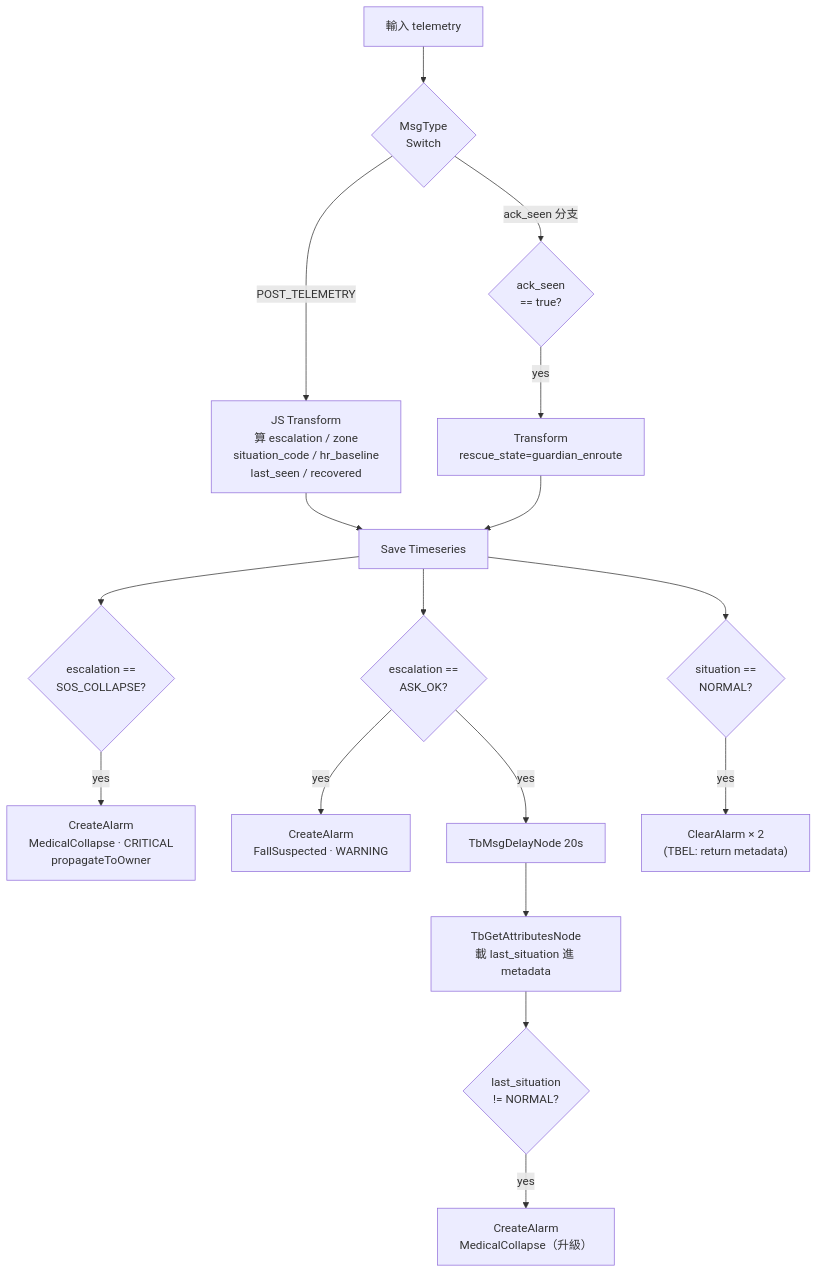
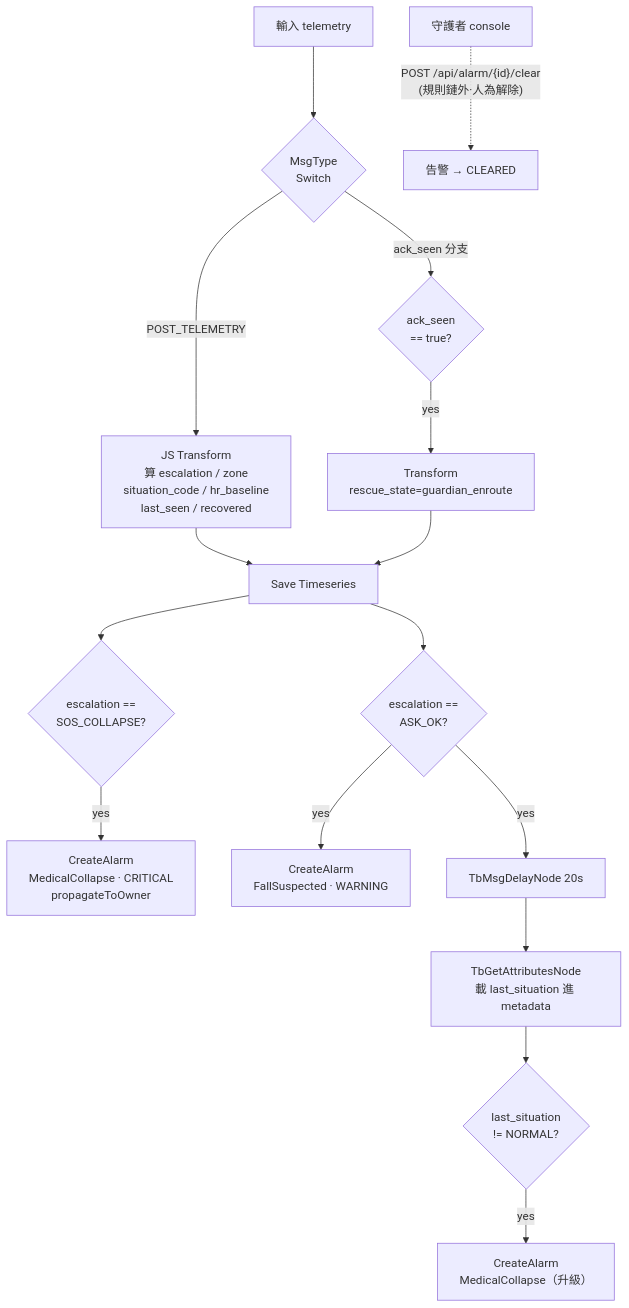
The sixth of 7 diagrams in docs/architecture.md (Zrn-code/iot-fall-guardian), drawn with Mermaid before and after one commit. The commit also changed other lines of this file and 14 other files, not shown here.

````diff
--- a/docs/architecture.md
+++ b/docs/architecture.md
@@ -257,23 +265,22 @@
 ```mermaid
 flowchart TD
   IN["輸入 telemetry"] --> MTS{"MsgType<br/>Switch"}
 
   MTS -- "POST_TELEMETRY" --> JS["JS Transform<br/>算 escalation / zone<br/>situation_code / hr_baseline<br/>last_seen / recovered"]
   JS --> SAVE["Save Timeseries"]
 
   SAVE --> F1{"escalation ==<br/>SOS_COLLAPSE?"}
   F1 -- yes --> A1["CreateAlarm<br/>MedicalCollapse · CRITICAL<br/>propagateToOwner"]
 
   SAVE --> F3{"escalation ==<br/>ASK_OK?"}
   F3 -- yes --> A3["CreateAlarm<br/>FallSuspected · WARNING"]
   F3 -- yes --> D1["TbMsgDelayNode 20s"]
   D1 --> GA["TbGetAttributesNode<br/>載 last_situation 進 metadata"]
   GA --> F4{"last_situation<br/>!= NORMAL?"}
   F4 -- yes --> A4["CreateAlarm<br/>MedicalCollapse（升級）"]
 
-  SAVE --> F5{"situation ==<br/>NORMAL?"}
-  F5 -- yes --> C1["ClearAlarm × 2<br/>(TBEL: return metadata)"]
-
   MTS -- "ack_seen 分支" --> F6{"ack_seen<br/>== true?"}
   F6 -- yes --> T1["Transform<br/>rescue_state=guardian_enroute"] --> SAVE
+
+  G["守護者 console"] -. "POST /api/alarm/{id}/clear<br/>(規則鏈外·人為解除)" .-> CLR["告警 → CLEARED"]
 ```
````
